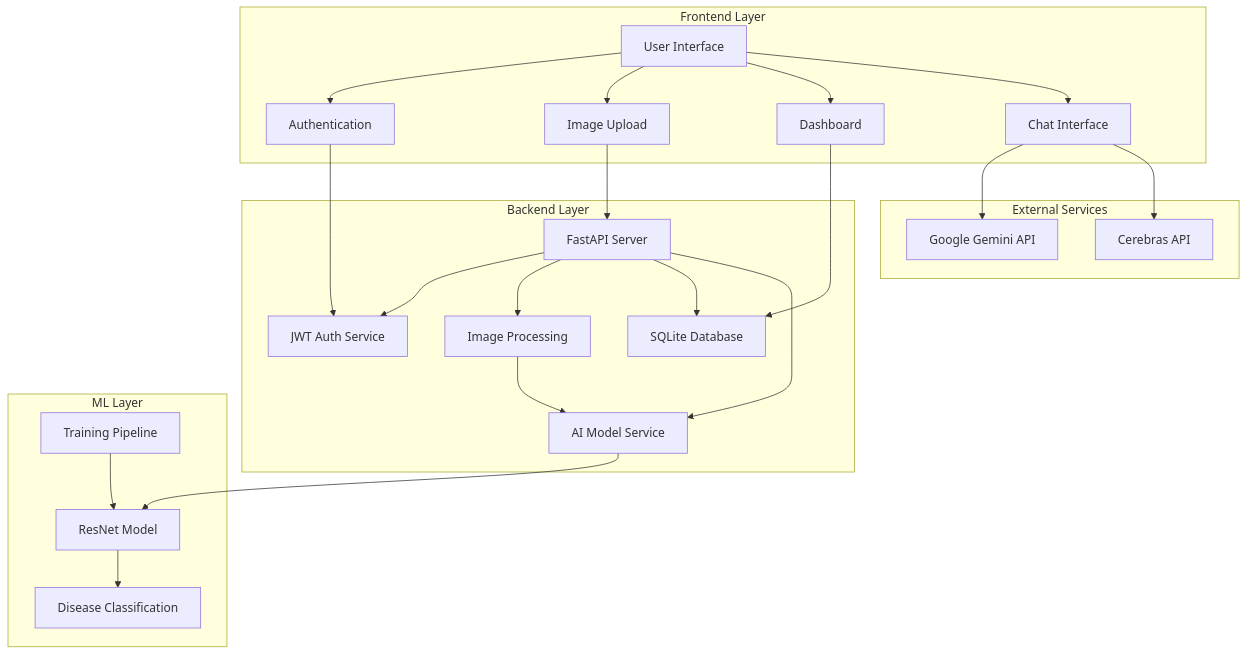
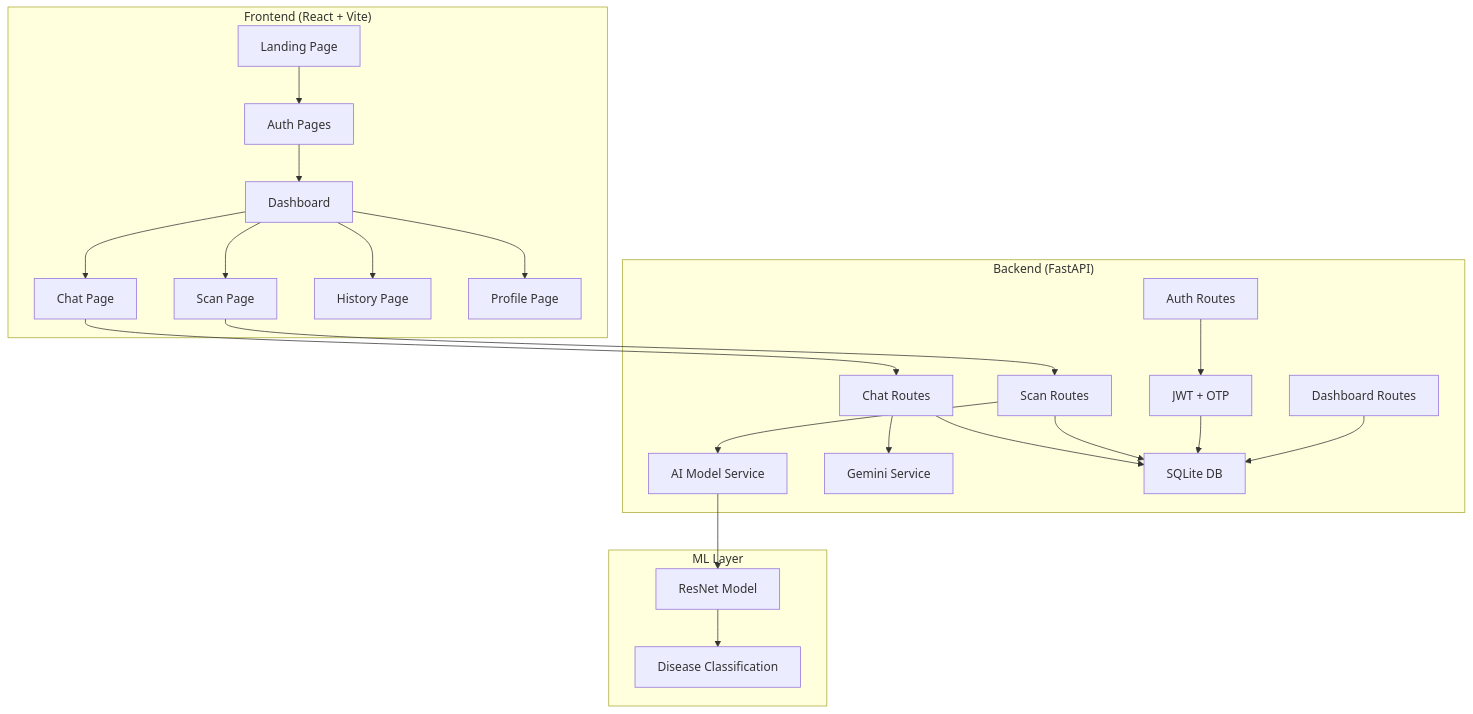
Before and after one commit to chandu1234678/AgroSight: the first of 2 diagrams in README.md, drawn with Mermaid. The commit also changed other lines of this file and 79 other files, not shown here.

````diff
--- a/README.md
+++ b/README.md
@@ -26,34 +27,29 @@
 ```mermaid
 graph TB
-    subgraph "Frontend Layer"
-        A[User Interface] --> B[Authentication]
-        A --> C[Image Upload]
-        A --> D[Dashboard]
-        A --> E[Chat Interface]
+    subgraph "Frontend (React + Vite)"
+        A[Landing Page] --> B[Auth Pages]
+        B --> C[Dashboard]
+        C --> D[Scan Page]
+        C --> E[Chat Page]
+        C --> F[History Page]
+        C --> G[Profile Page]
     end
-    
-    subgraph "Backend Layer"
-        F[FastAPI Server] --> G[JWT Auth Service]
-        F --> H[Image Processing]
-        F --> I[SQLite Database]
-        F --> J[AI Model Service]
+
+    subgraph "Backend (FastAPI)"
+        H[Auth Routes] --> I[JWT + OTP]
+        J[Scan Routes] --> K[AI Model Service]
+        L[Chat Routes] --> M[Gemini Service]
+        N[Dashboard Routes] --> O[SQLite DB]
     end
-    
+
     subgraph "ML Layer"
-        K[ResNet Model] --> L[Disease Classification]
-        M[Training Pipeline] --> K
+        P[ResNet Model] --> Q[Disease Classification]
     end
-    
-    subgraph "External Services"
-        N[Google Gemini API]
-        O[Cerebras API]
-    end
-    
-    C --> F
-    B --> G
-    D --> I
-    E --> N
-    E --> O
-    H --> J
-    J --> K
+
+    D --> J
+    E --> L
+    K --> P
+    I --> O
+    J --> O
+    L --> O
 ```
````
